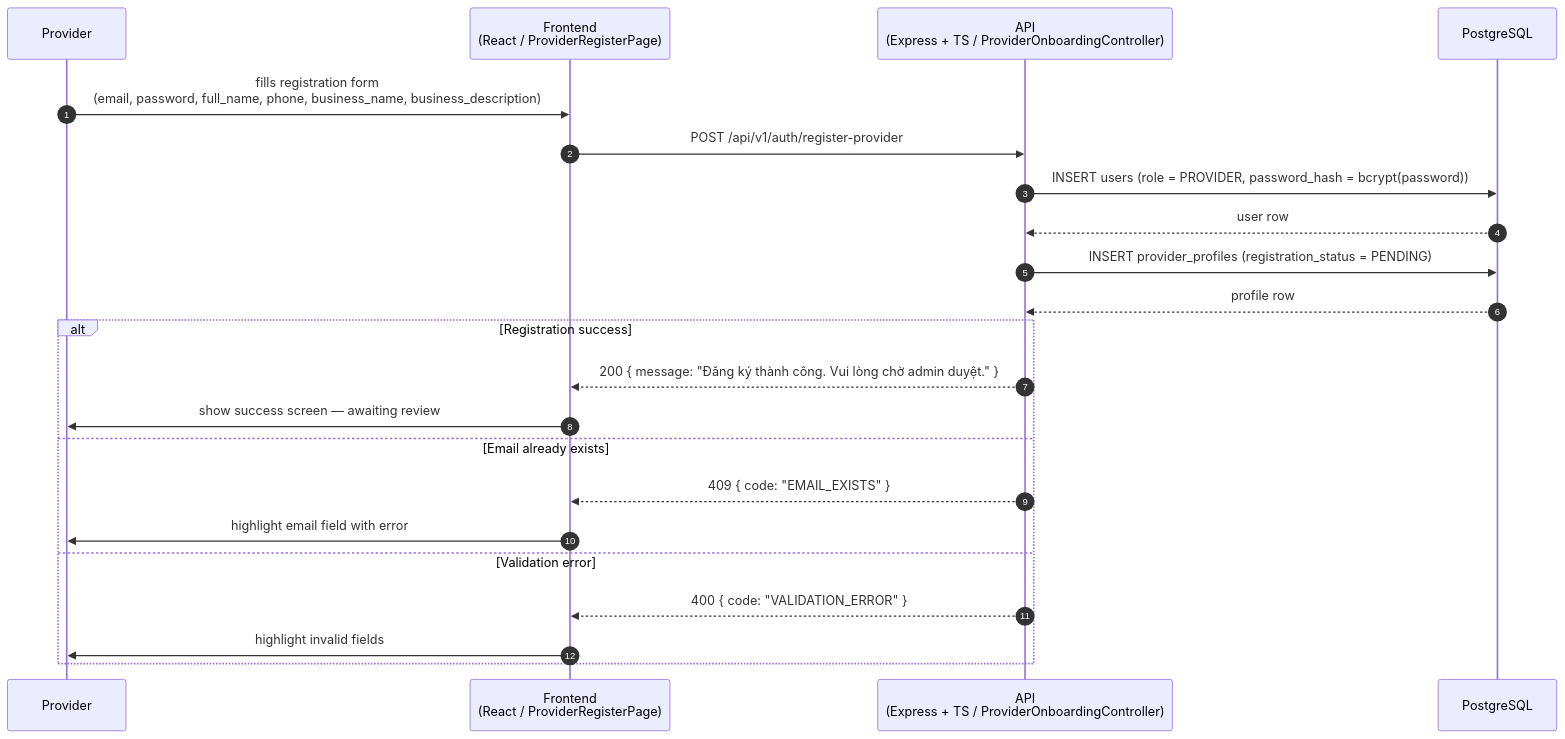
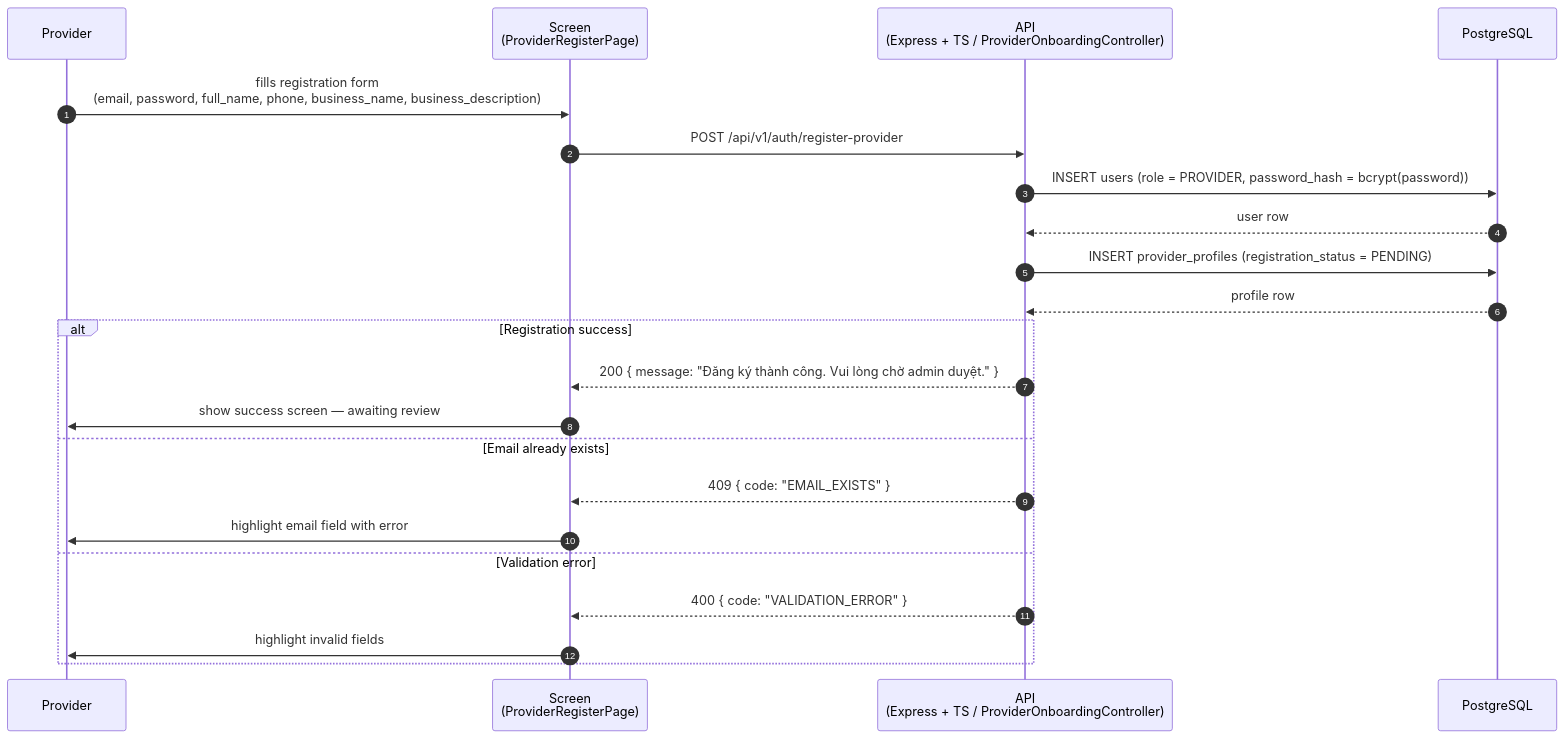
The first of 10 diagrams in docs/diagrams/sequence/sequence-flow-provider-onboarding-subscription.md (RCField-SEP490/rcfield-spec), drawn with Mermaid before and after one commit. The commit also changed other lines of this file and 15 other files, not shown here.

First line of the commit message:
Add sequence flow diagrams for provider, staff, and supporting operations

````diff
--- a/docs/diagrams/sequence/sequence-flow-provider-onboarding-subscription.md
+++ b/docs/diagrams/sequence/sequence-flow-provider-onboarding-subscription.md
@@ -40,26 +40,26 @@
 ```mermaid
 sequenceDiagram
     autonumber
     participant P as Provider
-    participant M as Frontend<br/>(React / ProviderRegisterPage)
+    participant M as Screen<br/>(ProviderRegisterPage)
     participant B as API<br/>(Express + TS / ProviderOnboardingController)
     participant DB as PostgreSQL
 
     P->>M: fills registration form<br/>(email, password, full_name, phone, business_name, business_description)
     M->>B: POST /api/v1/auth/register-provider
     B->>DB: INSERT users (role = PROVIDER, password_hash = bcrypt(password))
     DB-->>B: user row
     B->>DB: INSERT provider_profiles (registration_status = PENDING)
     DB-->>B: profile row
 
     alt Registration success
         B-->>M: 200 { message: "Đăng ký thành công. Vui lòng chờ admin duyệt." }
         M->>P: show success screen — awaiting review
     else Email already exists
         B-->>M: 409 { code: "EMAIL_EXISTS" }
         M->>P: highlight email field with error
     else Validation error
         B-->>M: 400 { code: "VALIDATION_ERROR" }
         M->>P: highlight invalid fields
     end
 ```
````
